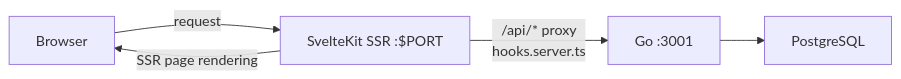
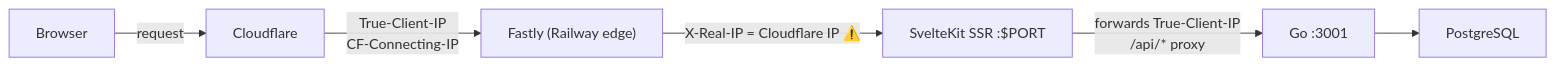
Before and after one commit to Xevion/motophoto: the second of 2 diagrams in docs/ARCHITECTURE.md, drawn with Mermaid. The commit also changed other lines of this file and 7 other files, not shown here.

First line of the commit message:
fix(ssr): forward True-Client-IP and CF-Connecting-IP headers to backend

````diff
--- a/docs/ARCHITECTURE.md
+++ b/docs/ARCHITECTURE.md
@@ -42,7 +42,8 @@
 ```mermaid
 flowchart LR
-    Browser -->|request| SSR["SvelteKit SSR :$PORT"]
-    SSR -->|SSR page rendering| Browser
-    SSR -->|/api/* proxy\nhooks.server.ts| Go["Go :3001"]
+    Browser -->|request| CF["Cloudflare"]
+    CF -->|"True-Client-IP\nCF-Connecting-IP"| Fastly["Fastly (Railway edge)"]
+    Fastly -->|"X-Real-IP = Cloudflare IP ⚠️"| SSR["SvelteKit SSR :$PORT"]
+    SSR -->|"forwards True-Client-IP\n/api/* proxy"| Go["Go :3001"]
     Go --> Postgres["PostgreSQL"]
 ```
````
